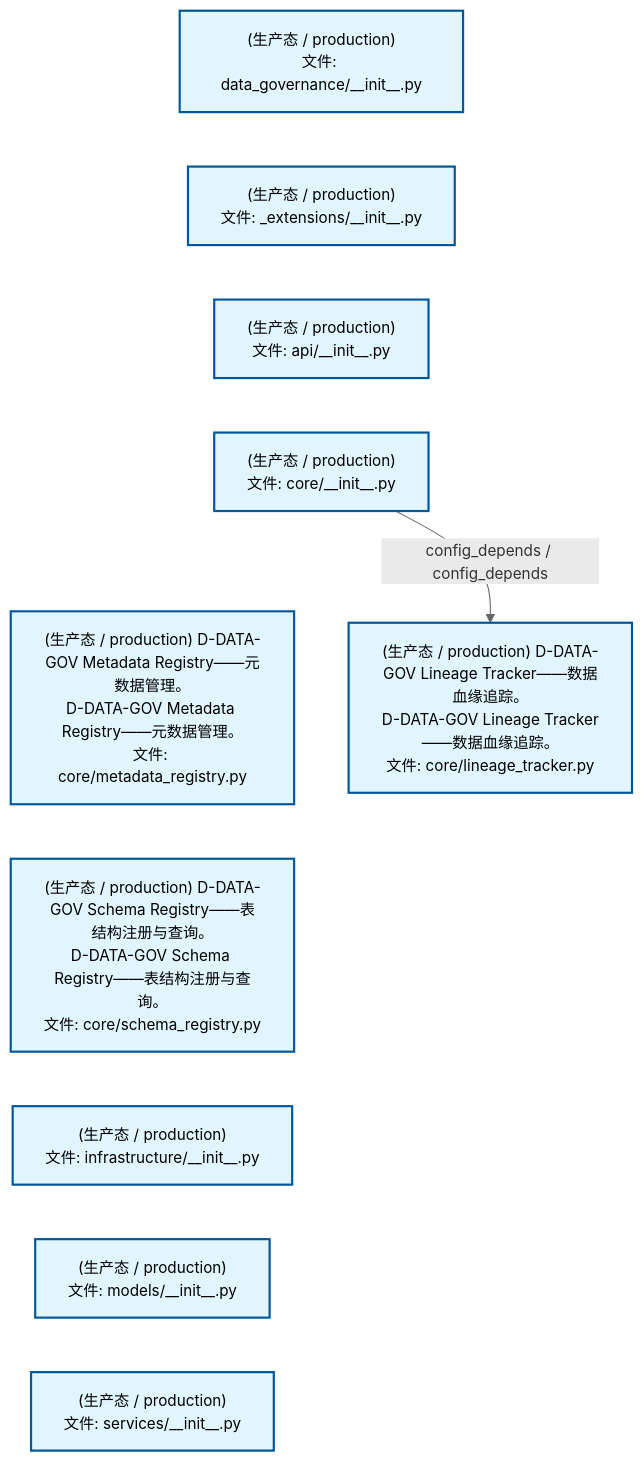
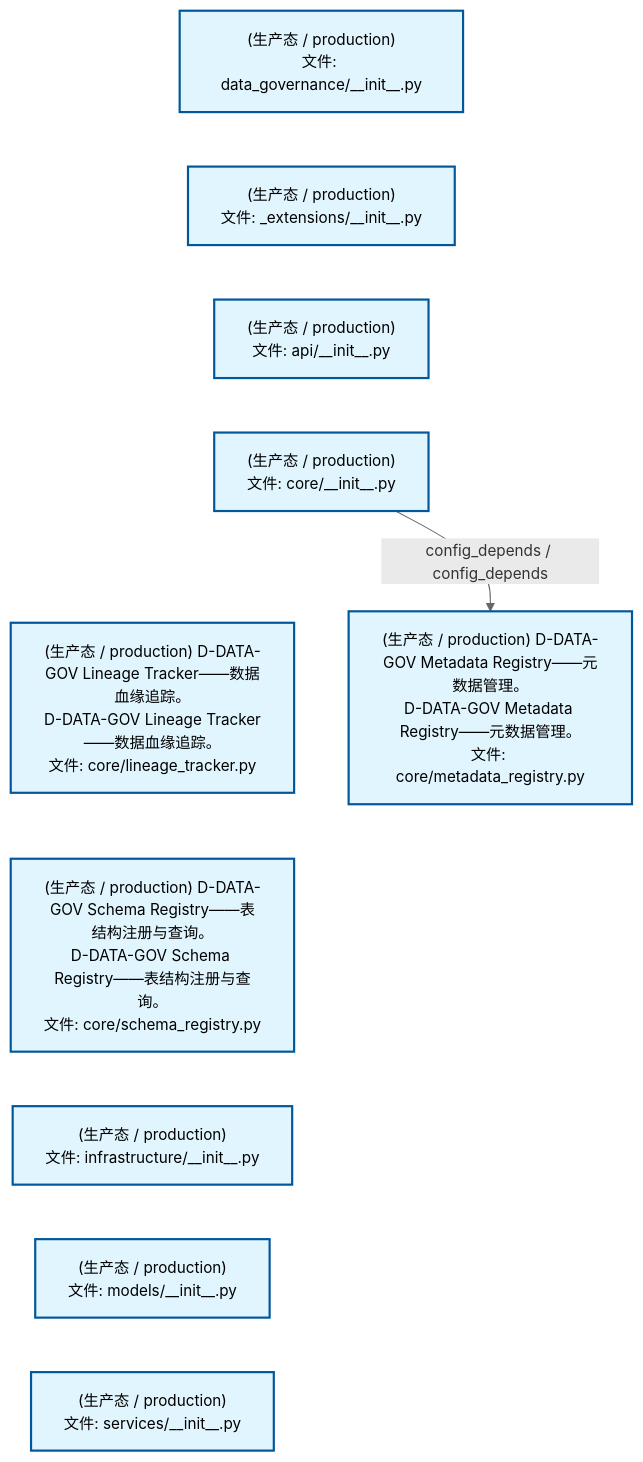
One commit to xuanFelixVan/ZephyrAlpha changed the diagram in docs/02_enterprise_architecture/02_domain_architecture_docs/13_d_data_gov.md. Above: the diagram before and after it, drawn with Mermaid. The commit also changed other lines of this file and 87 other files, not shown here.

````diff
--- a/docs/02_enterprise_architecture/02_domain_architecture_docs/13_d_data_gov.md
+++ b/docs/02_enterprise_architecture/02_domain_architecture_docs/13_d_data_gov.md
@@ -53,28 +53,28 @@
 ```mermaid
 %%{init: {'theme': 'base', 'themeVariables': {'primaryColor': '#eaeaea', 'primaryTextColor': '#333333', 'primaryBorderColor': '#666666', 'lineColor': '#666666', 'secondaryColor': '#eaeaea', 'tertiaryColor': '#eaeaea', 'fontSize': '14px'}}}%%
 flowchart TD
     src_zephyr_data_governance_init_py["(生产态 / production)<br/>文件: data_governance/__init__.py"]
     src_zephyr_data_governance_extensions_init_py["(生产态 / production)<br/>文件: _extensions/__init__.py"]
     src_zephyr_data_governance_api_init_py["(生产态 / production)<br/>文件: api/__init__.py"]
     src_zephyr_data_governance_core_init_py["(生产态 / production)<br/>文件: core/__init__.py"]
-    src_zephyr_data_governance_core_metadata_registry_py["(生产态 / production) D-DATA-GOV Metadata Registry——元数据管理。<br/>D-DATA-GOV Metadata Registry——元数据管理。<br/>文件: core/metadata_registry.py"]
+    src_zephyr_data_governance_core_lineage_tracker_py["(生产态 / production) D-DATA-GOV Lineage Tracker——数据血缘追踪。<br/>D-DATA-GOV Lineage Tracker——数据血缘追踪。<br/>文件: core/lineage_tracker.py"]
     src_zephyr_data_governance_core_schema_registry_py["(生产态 / production) D-DATA-GOV Schema Registry——表结构注册与查询。<br/>D-DATA-GOV Schema Registry——表结构注册与查询。<br/>文件: core/schema_registry.py"]
     src_zephyr_data_governance_infrastructure_init_py["(生产态 / production)<br/>文件: infrastructure/__init__.py"]
     src_zephyr_data_governance_models_init_py["(生产态 / production)<br/>文件: models/__init__.py"]
     src_zephyr_data_governance_services_init_py["(生产态 / production)<br/>文件: services/__init__.py"]
     src_zephyr_data_governance_init_py ~~~ src_zephyr_data_governance_extensions_init_py
     src_zephyr_data_governance_extensions_init_py ~~~ src_zephyr_data_governance_api_init_py
     src_zephyr_data_governance_api_init_py ~~~ src_zephyr_data_governance_core_init_py
-    src_zephyr_data_governance_core_init_py ~~~ src_zephyr_data_governance_core_metadata_registry_py
-    src_zephyr_data_governance_core_metadata_registry_py ~~~ src_zephyr_data_governance_core_schema_registry_py
+    src_zephyr_data_governance_core_init_py ~~~ src_zephyr_data_governance_core_lineage_tracker_py
+    src_zephyr_data_governance_core_lineage_tracker_py ~~~ src_zephyr_data_governance_core_schema_registry_py
     src_zephyr_data_governance_core_schema_registry_py ~~~ src_zephyr_data_governance_infrastructure_init_py
     src_zephyr_data_governance_infrastructure_init_py ~~~ src_zephyr_data_governance_models_init_py
     src_zephyr_data_governance_models_init_py ~~~ src_zephyr_data_governance_services_init_py
-    src_zephyr_data_governance_core_lineage_tracker_py["(生产态 / production) D-DATA-GOV Lineage Tracker——数据血缘追踪。<br/>D-DATA-GOV Lineage Tracker——数据血缘追踪。<br/>文件: core/lineage_tracker.py"]
-    src_zephyr_data_governance_core_init_py -->|config_depends / config_depends| src_zephyr_data_governance_core_lineage_tracker_py
+    src_zephyr_data_governance_core_metadata_registry_py["(生产态 / production) D-DATA-GOV Metadata Registry——元数据管理。<br/>D-DATA-GOV Metadata Registry——元数据管理。<br/>文件: core/metadata_registry.py"]
+    src_zephyr_data_governance_core_init_py -->|config_depends / config_depends| src_zephyr_data_governance_core_metadata_registry_py
     classDef production fill:#e1f5fe,stroke:#01579b,stroke-width:2px,color:#000
     classDef design fill:#fff3e0,stroke:#e65100,stroke-width:2px,color:#000,stroke-dasharray: 5 5
     classDef external_prod fill:#e8f4fd,stroke:#0277bd,stroke-width:1px,color:#000
     classDef external_design fill:#fff8e7,stroke:#ef6c00,stroke-width:1px,color:#000,stroke-dasharray: 5 5
     class src_zephyr_data_governance_init_py,src_zephyr_data_governance_extensions_init_py,src_zephyr_data_governance_api_init_py,src_zephyr_data_governance_core_init_py,src_zephyr_data_governance_core_lineage_tracker_py,src_zephyr_data_governance_core_metadata_registry_py,src_zephyr_data_governance_core_schema_registry_py,src_zephyr_data_governance_infrastructure_init_py,src_zephyr_data_governance_models_init_py,src_zephyr_data_governance_services_init_py production
 ```
````
